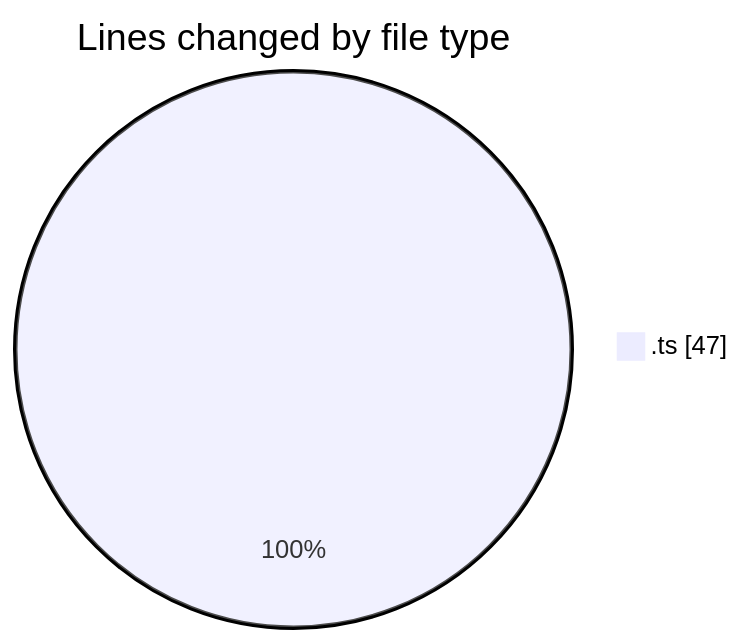
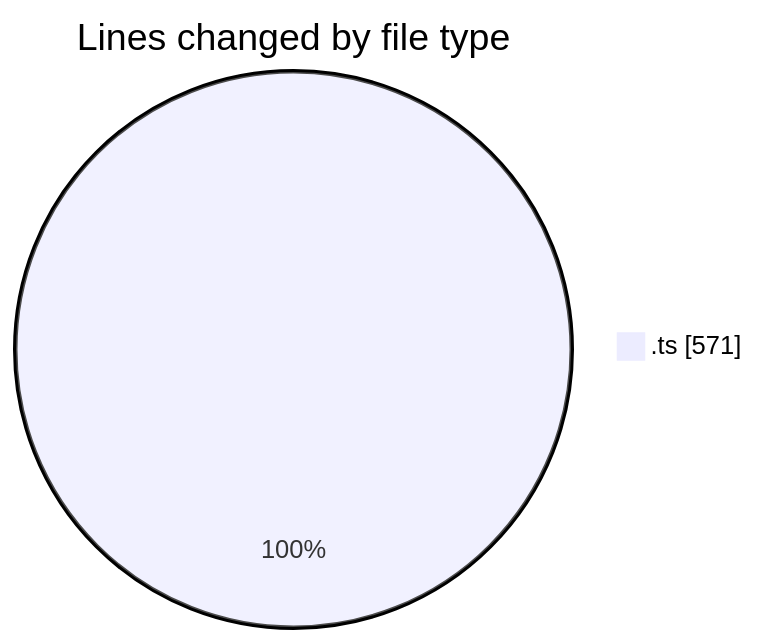
One commit to nxtqubesakshisongat/code-tracking changed the first of 2 diagrams in 2026-03-12/nxtqube_webapp/README.md. Above: the diagram before and after it, drawn with Mermaid. The commit also changed other lines of this file and 1 other file, not shown here.

````diff
--- a/2026-03-12/nxtqube_webapp/README.md
+++ b/2026-03-12/nxtqube_webapp/README.md
@@ -20,5 +21,5 @@
 ```mermaid
 pie showData
 title Lines changed by file type
-".ts" : 47
+".ts" : 571
 ```
````
